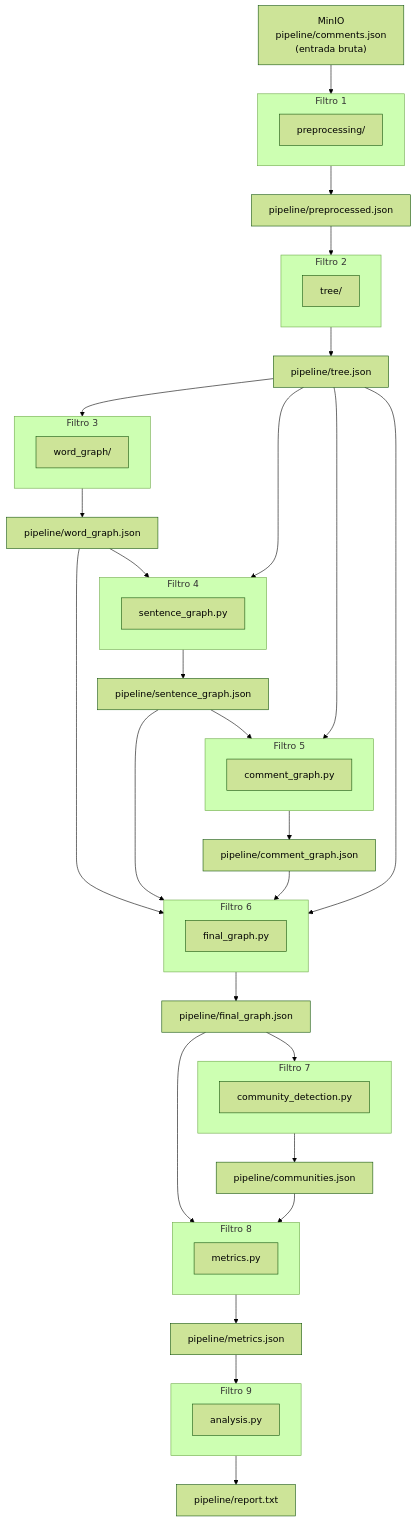
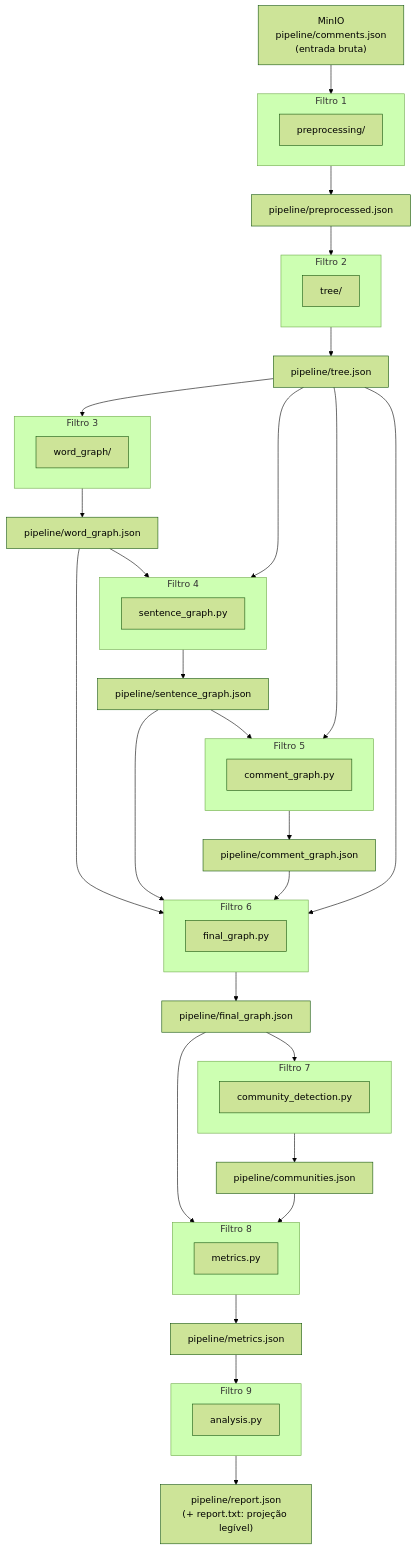
Before and after one commit to RufinoVfR/GameReviewGraph: the diagram in docs/arquitetura.md, drawn with Mermaid (forest theme). The commit also changed other lines of this file and 4 other files, not shown here.

First line of the commit message:
docs: record final-report decisions (report.json, frontend page, 3 methods)

````diff
--- a/docs/arquitetura.md
+++ b/docs/arquitetura.md
@@ -9,57 +9,57 @@
 ```mermaid
 flowchart TD
     RAW["MinIO\npipeline/comments.json\n(entrada bruta)"]
 
     subgraph F1["Filtro 1"]
         PP["preprocessing/"]
     end
     subgraph F2["Filtro 2"]
         TR["tree/"]
     end
     subgraph F3["Filtro 3"]
         WG["word_graph/"]
     end
     subgraph F4["Filtro 4"]
         SG["sentence_graph.py"]
     end
     subgraph F5["Filtro 5"]
         CG["comment_graph.py"]
     end
     subgraph F6["Filtro 6"]
         FG["final_graph.py"]
     end
     subgraph F7["Filtro 7"]
         CD["community_detection.py"]
     end
     subgraph F8["Filtro 8"]
         MT["metrics.py"]
     end
     subgraph F9["Filtro 9"]
         AN["analysis.py"]
     end
 
     PRE["pipeline/preprocessed.json"]
     TREE["pipeline/tree.json"]
     WGJ["pipeline/word_graph.json"]
     SGJ["pipeline/sentence_graph.json"]
     CGJ["pipeline/comment_graph.json"]
     FGJ["pipeline/final_graph.json"]
     COM["pipeline/communities.json"]
     MET["pipeline/metrics.json"]
-    REP["pipeline/report.txt"]
+    REP["pipeline/report.json\n(+ report.txt: projeção legível)"]
 
     RAW --> F1 --> PRE --> F2 --> TREE
     TREE --> F3 --> WGJ
     WGJ --> F4
     TREE --> F4 --> SGJ
     SGJ --> F5
     TREE --> F5 --> CGJ
     WGJ --> F6
     SGJ --> F6
     CGJ --> F6
     TREE --> F6 --> FGJ
     FGJ --> F7 --> COM
     FGJ --> F8
     COM --> F8 --> MET
     MET --> F9 --> REP
 ```
````
